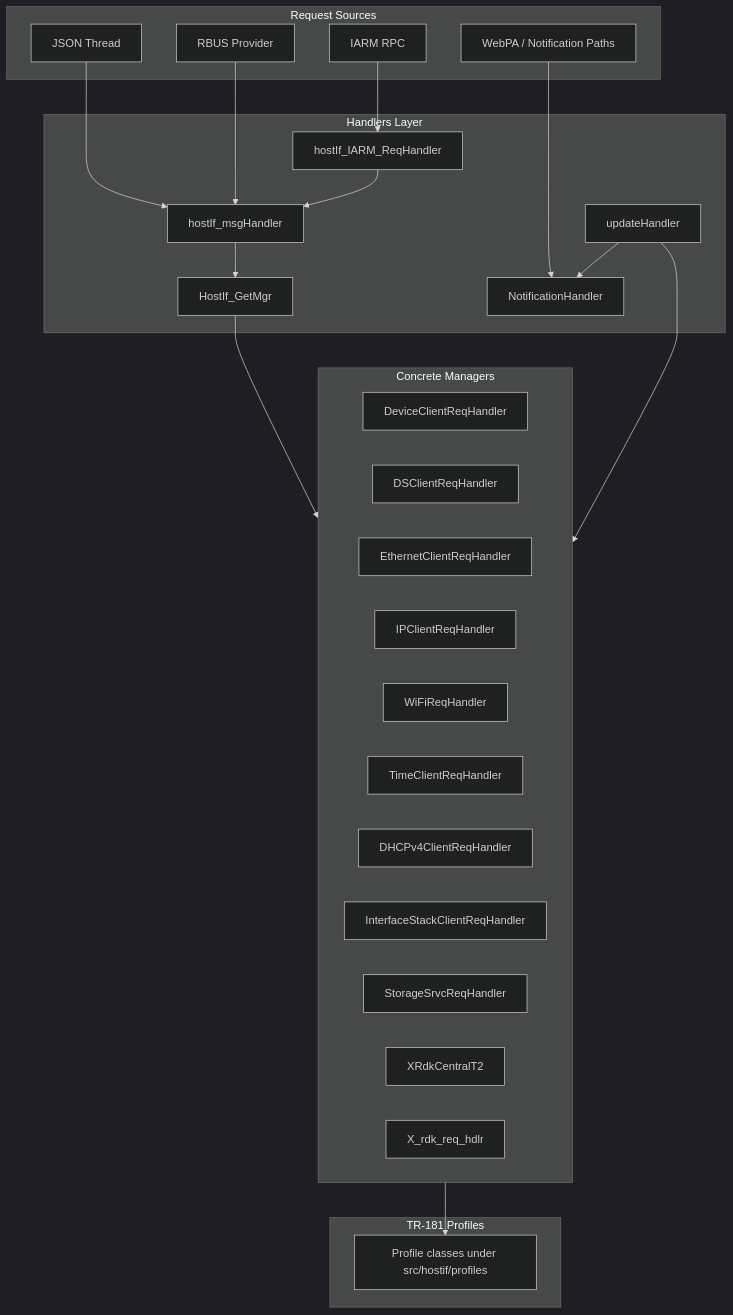
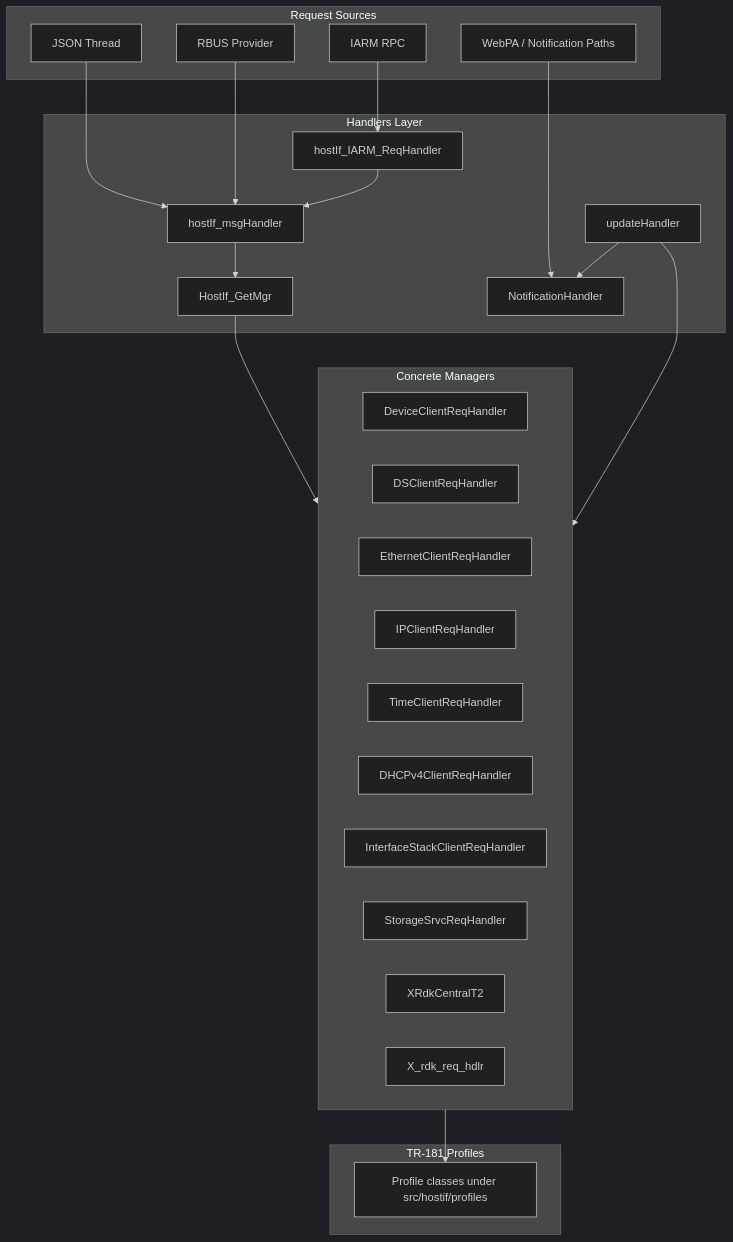
The first of 2 diagrams in src/hostif/handlers/docs/README.md (rdkcentral/tr69hostif), drawn with Mermaid (dark theme) before and after one commit. The commit also changed other lines of this file and 5 other files, not shown here.

````diff
--- a/src/hostif/handlers/docs/README.md
+++ b/src/hostif/handlers/docs/README.md
@@ -33,46 +33,45 @@
 ```mermaid
 graph TB
     subgraph Inputs[Request Sources]
         IARM[IARM RPC]
         JSON[JSON Thread]
         RBUS[RBUS Provider]
         WEBPA[WebPA / Notification Paths]
     end
 
     subgraph Handlers[Handlers Layer]
         IARMH[hostIf_IARM_ReqHandler]
         MSG[hostIf_msgHandler]
         LOOKUP[HostIf_GetMgr]
         UPD[updateHandler]
         NOTIF[NotificationHandler]
     end
 
     subgraph Managers[Concrete Managers]
         DEV[DeviceClientReqHandler]
         DS[DSClientReqHandler]
         ETH[EthernetClientReqHandler]
         IP[IPClientReqHandler]
-        WIFI[WiFiReqHandler]
         TIME[TimeClientReqHandler]
         DHCP[DHCPv4ClientReqHandler]
         IFS[InterfaceStackClientReqHandler]
         STOR[StorageSrvcReqHandler]
         T2[XRdkCentralT2]
         XRDK[X_rdk_req_hdlr]
     end
 
     subgraph Profiles[TR-181 Profiles]
         PROFILE[Profile classes under src/hostif/profiles]
     end
 
     IARM --> IARMH
     JSON --> MSG
     RBUS --> MSG
     WEBPA --> NOTIF
     IARMH --> MSG
     MSG --> LOOKUP
     LOOKUP --> Managers
     Managers --> PROFILE
     UPD --> Managers
     UPD --> NOTIF
 ```
````
